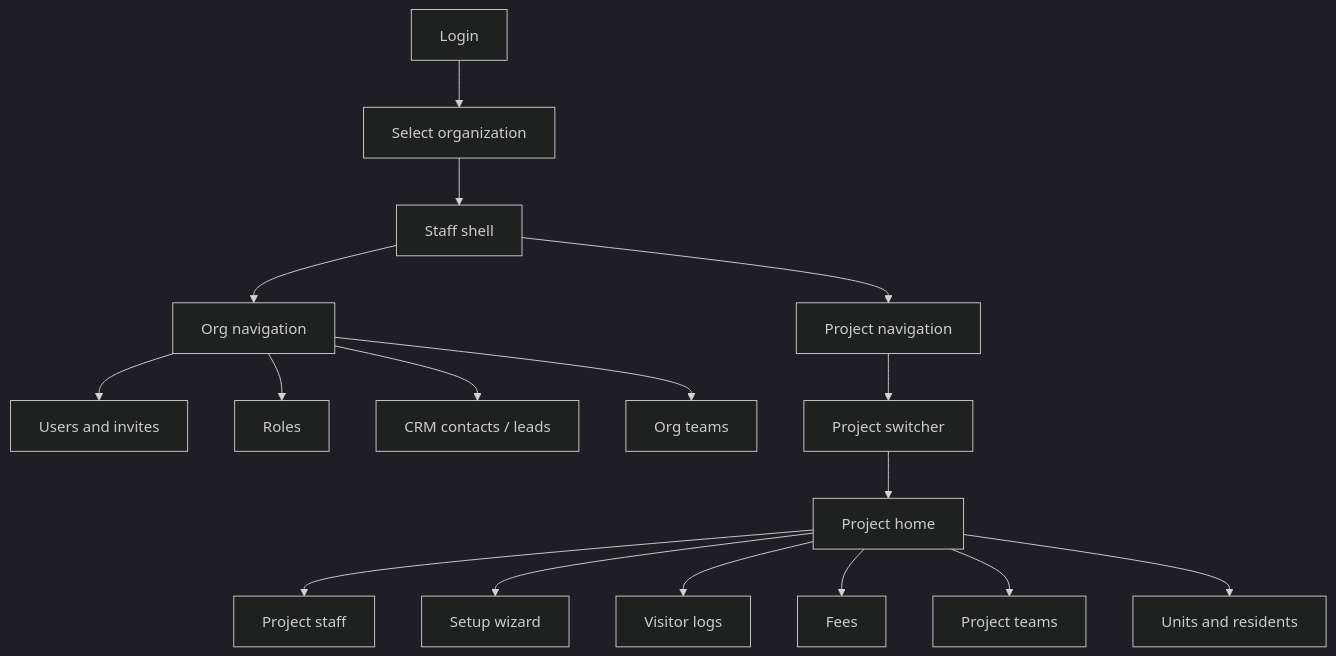
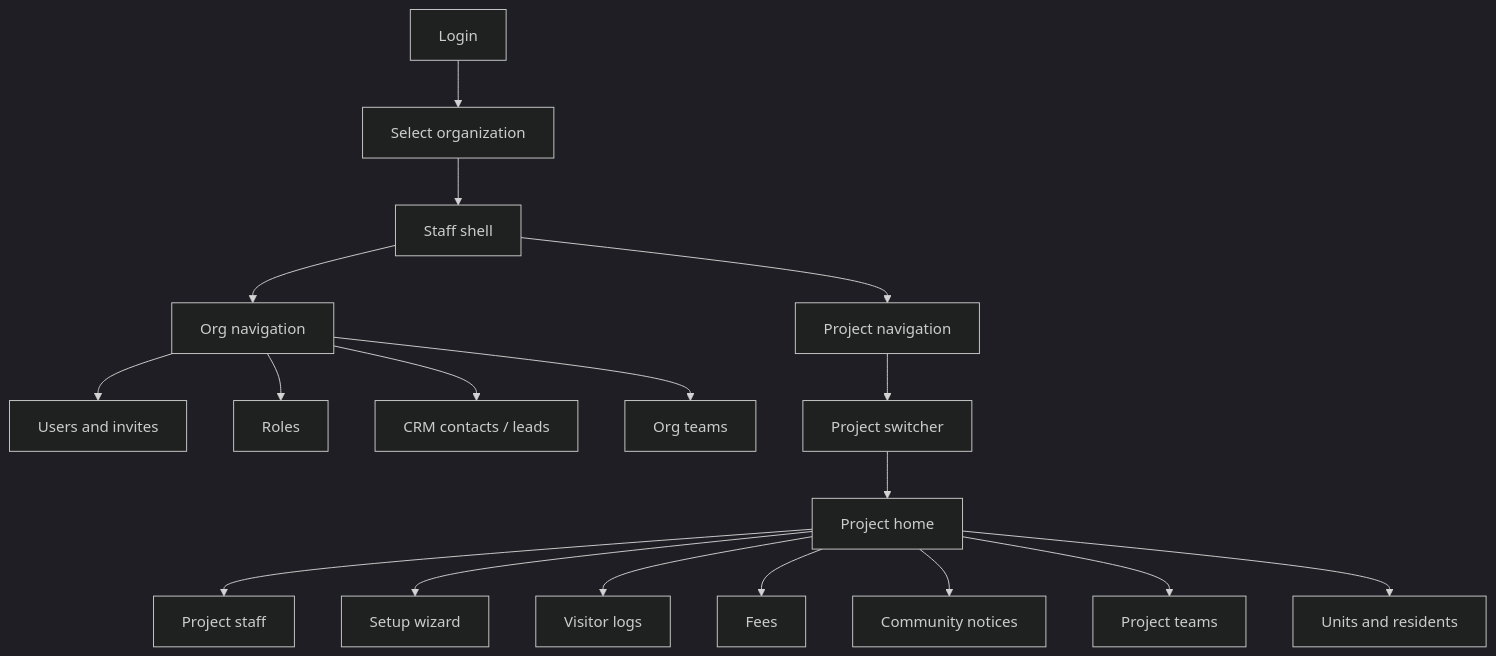
The fifth of 5 diagrams in docs/frontend-membership-flow.md (isometrik-ai/ats-home-craft-python-service), drawn with Mermaid (dark theme) before and after one commit. The commit also changed other lines of this file and 21 other files, not shown here.

````diff
--- a/docs/frontend-membership-flow.md
+++ b/docs/frontend-membership-flow.md
@@ -500,22 +505,23 @@
 ```mermaid
 flowchart TD
   Login[Login] --> OrgPick[Select organization]
   OrgPick --> StaffHome[Staff shell]
 
   StaffHome --> OrgNav[Org navigation]
   StaffHome --> ProjNav[Project navigation]
 
   OrgNav --> Users[Users and invites]
   OrgNav --> Roles[Roles]
   OrgNav --> CRM[CRM contacts / leads]
   OrgNav --> OrgTeams[Org teams]
 
   ProjNav --> Switcher[Project switcher]
   Switcher --> PHome[Project home]
   PHome --> Members[Project staff]
   PHome --> Setup[Setup wizard]
   PHome --> Visitors[Visitor logs]
   PHome --> Fees[Fees]
+  PHome --> Notices[Community notices]
   PHome --> ProjTeams[Project teams]
   PHome --> Units[Units and residents]
 ```
````
